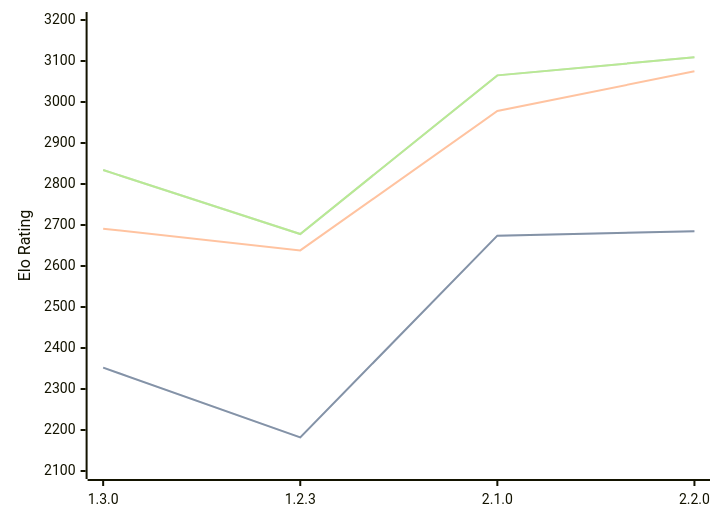
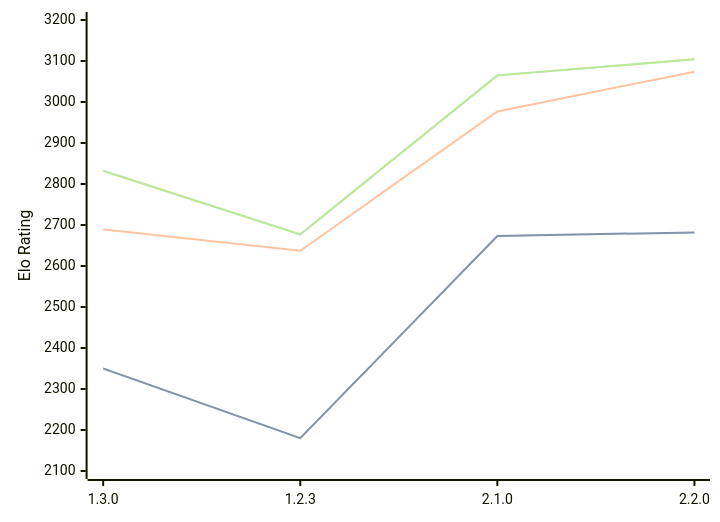
One commit to computer-chess-index/cci changed the diagram in engines/Aspen.md. Above: the diagram before and after it, drawn with Mermaid. The commit also changed other lines of this file, not shown here.

Commit message:
Update CCI Ratings (ELO VLTC) - 2026-08-04

````diff
--- a/engines/Aspen.md
+++ b/engines/Aspen.md
@@ -43,11 +43,11 @@
 ```mermaid
 %%{init: {"theme":"base","themeVariables":{"seriesColors:['#a3a3a3','#222221','#faa371']}}}%%
 xychart-beta
   x-axis ["1.3.0", "1.2.3", "2.1.0", "2.2.0"]
   y-axis "Elo Rating" 2100 --> 3200
-  line "STC (8.0+0.08s)" [2352, 2182, 2674, 2685]
-  line "STC (8.0+0.08s)" [2352, 2182, 2674, 2685]
-  line "LTC (60.0+0.60s)" [2691, 2638, 2978, 3075]
-  line "VLTC (2m24s+1.12s)" [2834, 2678, 3065, 3109]
-  line "VLTC (2m24s+1.12s)" [2834, 2678, 3065, 3109]
+  line "STC (8.0+0.08s)" [2350, 2180, 2673, 2682]
+  line "STC (8.0+0.08s)" [2350, 2180, 2673, 2682]
+  line "LTC (60.0+0.60s)" [2689, 2637, 2977, 3074]
+  line "VLTC (2m24s+1.12s)" [2832, 2677, 3065, 3104]
+  line "VLTC (2m24s+1.12s)" [2832, 2677, 3065, 3104]
 ```
````
